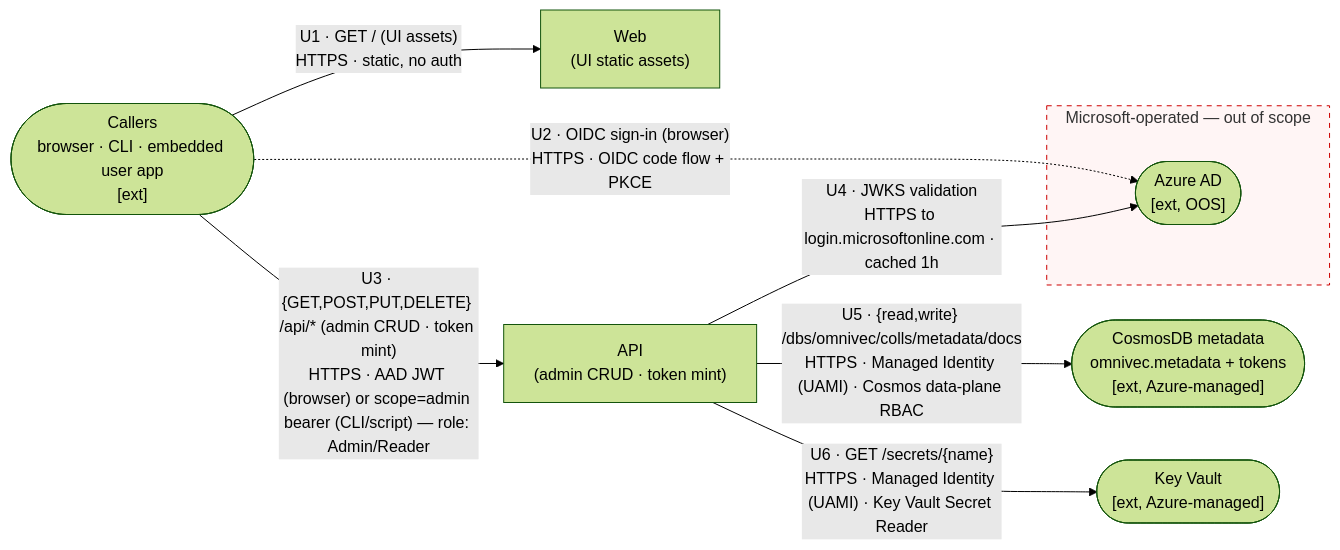
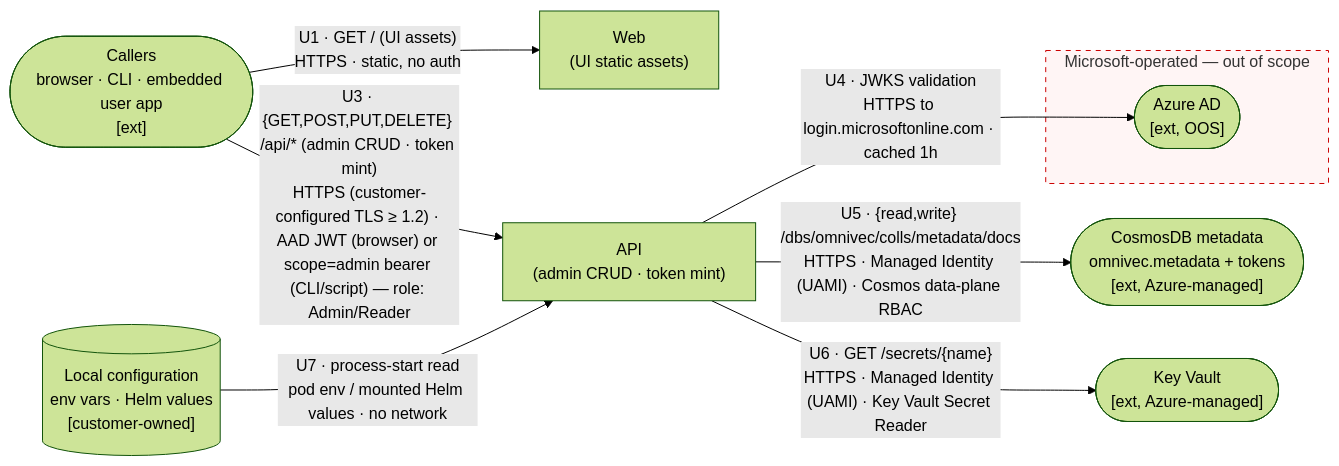
Before and after one commit to AzureCosmosDB/OmniVec: the second of 5 diagrams in docs/security/threat-model.md, drawn with Mermaid (forest theme). The commit also changed other lines of this file and 7 other files, not shown here.

````diff
--- a/docs/security/threat-model.md
+++ b/docs/security/threat-model.md
@@ -184,22 +249,24 @@
 ```mermaid
 flowchart LR
   callers(["Callers<br/>browser · CLI · embedded user app<br/>[ext]"])
 
   subgraph msft["Microsoft-operated — out of scope"]
     aad(["Azure AD<br/>[ext, OOS]"])
   end
 
   web["Web<br/>(UI static assets)"]
   api["API<br/>(admin CRUD · token mint)"]
   cmeta(["CosmosDB metadata<br/>omnivec.metadata + tokens<br/>[ext, Azure-managed]"])
   kv(["Key Vault<br/>[ext, Azure-managed]"])
 
+  envcfg[("Local configuration<br/>env vars · Helm values<br/>[customer-owned]")]
+
   callers -->|"U1 · GET / (UI assets)<br/>HTTPS · static, no auth"| web
-  callers -.->|"U2 · OIDC sign-in (browser)<br/>HTTPS · OIDC code flow + PKCE"| aad
-  callers -->|"U3 · {GET,POST,PUT,DELETE} /api/* (admin CRUD · token mint)<br/>HTTPS · AAD JWT (browser) or scope=admin bearer (CLI/script) — role: Admin/Reader"| api
+  callers -->|"U3 · {GET,POST,PUT,DELETE} /api/* (admin CRUD · token mint)<br/>HTTPS (customer-configured TLS ≥ 1.2) · AAD JWT (browser) or scope=admin bearer (CLI/script) — role: Admin/Reader"| api
   api -->|"U4 · JWKS validation<br/>HTTPS to login.microsoftonline.com · cached 1h"| aad
   api -->|"U5 · {read,write} /dbs/omnivec/colls/metadata/docs<br/>HTTPS · Managed Identity (UAMI) · Cosmos data-plane RBAC"| cmeta
   api -->|"U6 · GET /secrets/{name}<br/>HTTPS · Managed Identity (UAMI) · Key Vault Secret Reader"| kv
+  envcfg -->|"U7 · process-start read<br/>pod env / mounted Helm values · no network"| api
 
   style msft fill:#fff5f5,stroke:#c00,stroke-dasharray: 5 5
 ```
````
